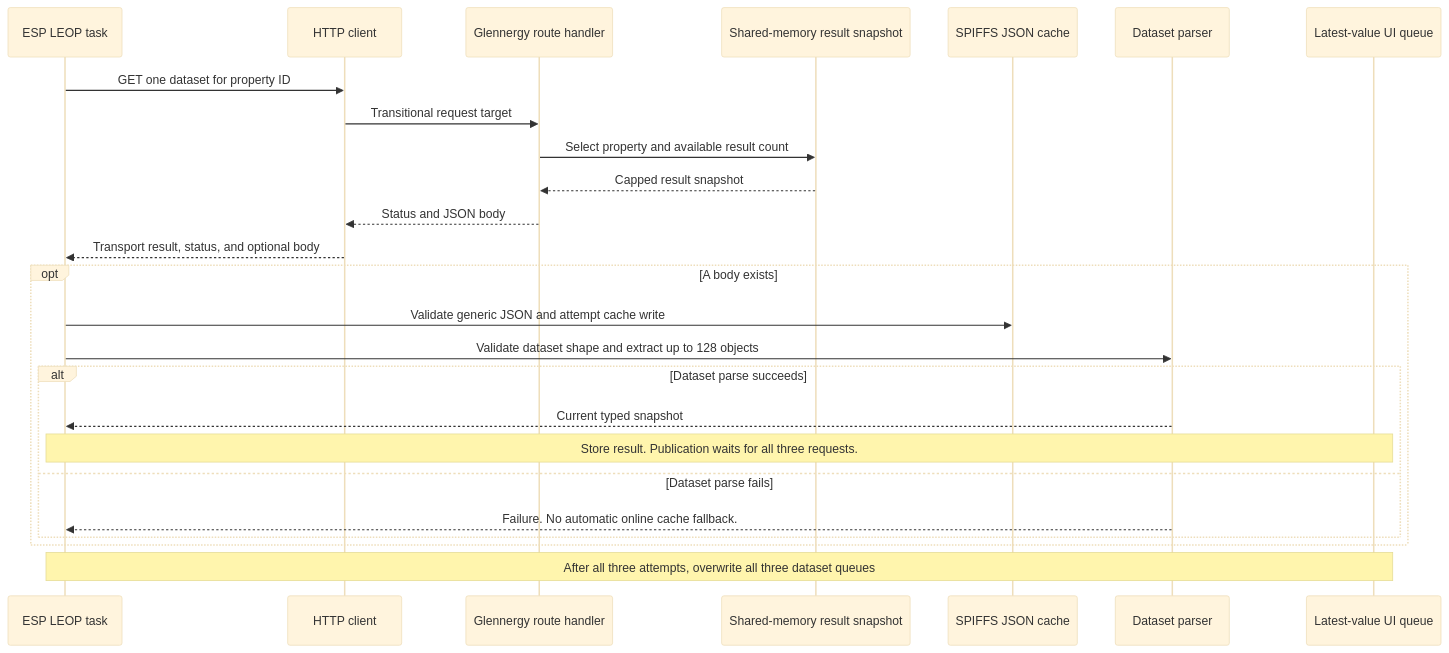
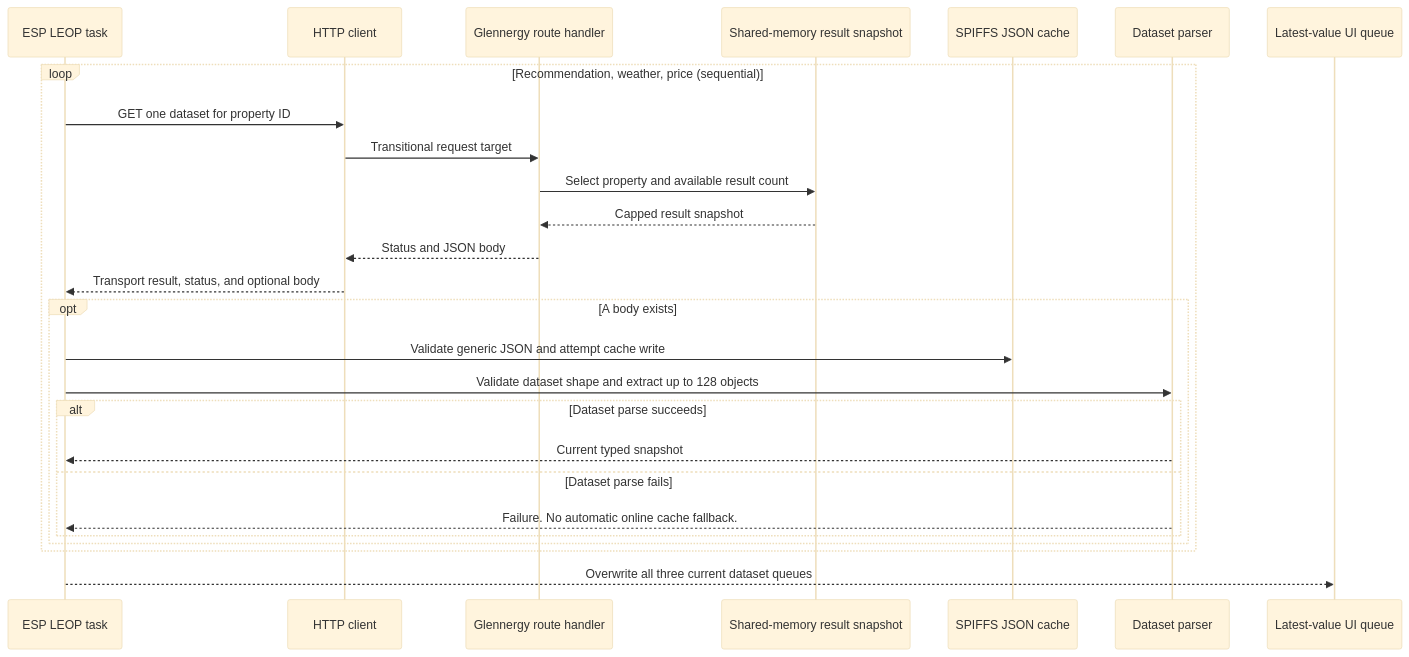
Before and after one commit to keseboleliasteliacom/14_LVGL_BTN: the diagram in docs/interface-contract.md, drawn with Mermaid (base theme). The commit also changed other lines of this file and 5 other files, not shown here.

````diff
--- a/docs/interface-contract.md
+++ b/docs/interface-contract.md
@@ -38,28 +39,29 @@
 ```mermaid
 sequenceDiagram
     participant ESP as ESP LEOP task
     participant HTTP as HTTP client
     participant SERVER as Glennergy route handler
     participant SNAPSHOT as Shared-memory result snapshot
     participant CACHE as SPIFFS JSON cache
     participant PARSER as Dataset parser
     participant UI as Latest-value UI queue
 
-    ESP->>HTTP: GET one dataset for property ID
-    HTTP->>SERVER: Transitional request target
-    SERVER->>SNAPSHOT: Select property and available result count
-    SNAPSHOT-->>SERVER: Capped result snapshot
-    SERVER-->>HTTP: Status and JSON body
-    HTTP-->>ESP: Transport result, status, and optional body
-    opt A body exists
-        ESP->>CACHE: Validate generic JSON and attempt cache write
-        ESP->>PARSER: Validate dataset shape and extract up to 128 objects
-        alt Dataset parse succeeds
-            PARSER-->>ESP: Current typed snapshot
-            Note over ESP,UI: Store result. Publication waits for all three requests.
-        else Dataset parse fails
-            PARSER-->>ESP: Failure. No automatic online cache fallback.
+    loop Recommendation, weather, price (sequential)
+        ESP->>HTTP: GET one dataset for property ID
+        HTTP->>SERVER: Transitional request target
+        SERVER->>SNAPSHOT: Select property and available result count
+        SNAPSHOT-->>SERVER: Capped result snapshot
+        SERVER-->>HTTP: Status and JSON body
+        HTTP-->>ESP: Transport result, status, and optional body
+        opt A body exists
+            ESP->>CACHE: Validate generic JSON and attempt cache write
+            ESP->>PARSER: Validate dataset shape and extract up to 128 objects
+            alt Dataset parse succeeds
+                PARSER-->>ESP: Current typed snapshot
+            else Dataset parse fails
+                PARSER-->>ESP: Failure. No automatic online cache fallback.
+            end
         end
     end
-    Note over ESP,UI: After all three attempts, overwrite all three dataset queues
+    ESP-->>UI: Overwrite all three current dataset queues
 ```
````
